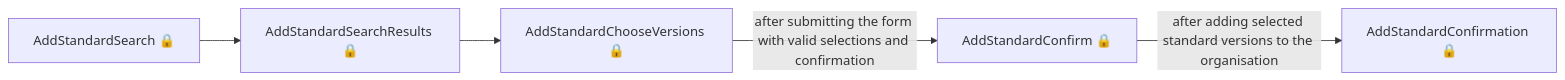
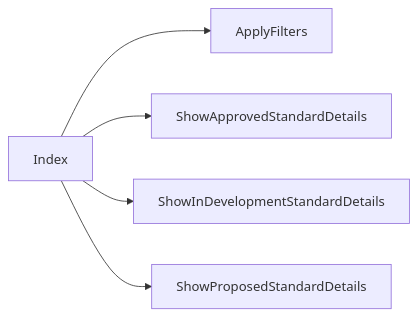
One commit to talentconsulting/atlas-dfe changed the third of 5 diagrams in das-assessor-service/user-journeys/user-journeys.md. Above: the diagram before and after it, drawn with Mermaid. The commit also changed other lines of this file and 1 other file, not shown here.

````diff
--- a/das-assessor-service/user-journeys/user-journeys.md
+++ b/das-assessor-service/user-journeys/user-journeys.md
@@ -57,7 +48,7 @@
 ```mermaid
 flowchart LR
-  p0["AddStandardSearch 🔒"] --> p1["AddStandardSearchResults 🔒"]
-  p1["AddStandardSearchResults 🔒"] --> p2["AddStandardChooseVersions 🔒"]
-  p2["AddStandardChooseVersions 🔒"] -->|"after submitting the form with valid selections and confirmation"| p3["AddStandardConfirm 🔒"]
-  p3["AddStandardConfirm 🔒"] -->|"after adding selected standard versions to the organisation"| p4["AddStandardConfirmation 🔒"]
+  p0["Index"] --> p1["ApplyFilters"]
+  p0["Index"] --> p2["ShowApprovedStandardDetails"]
+  p0["Index"] --> p3["ShowInDevelopmentStandardDetails"]
+  p0["Index"] --> p4["ShowProposedStandardDetails"]
 ```
````
